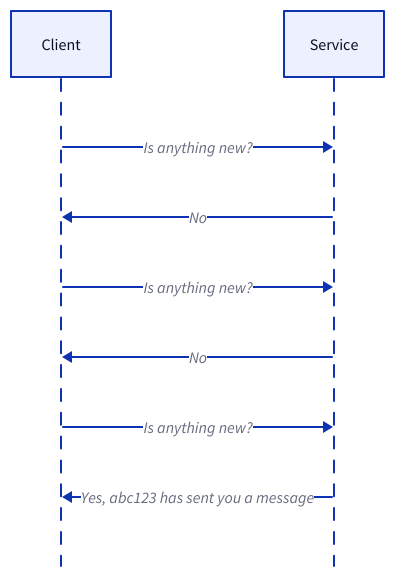
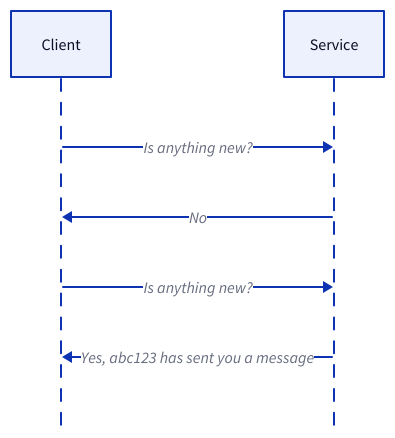
Before and after one commit to link1905/system-design-101: the third of 12 diagrams in content/docs/web-service/communication-protocols/_index.md, drawn with D2. The commit also changed other lines of this file and 49 other files, not shown here.

````diff
--- a/content/docs/web-service/communication-protocols/_index.md
+++ b/content/docs/web-service/communication-protocols/_index.md
@@ -99,16 +93,14 @@
 ```d2
 
 shape: sequence_diagram
 c: Client {
     class: client
 }
 s: Service {
     class: server
 }
 c -> s: Is anything new?
 c <- s: No
 c -> s: Is anything new?
-c <- s: No
-c -> s: Is anything new?
 c <- s: Yes, abc123 has sent you a message
 ```
````
